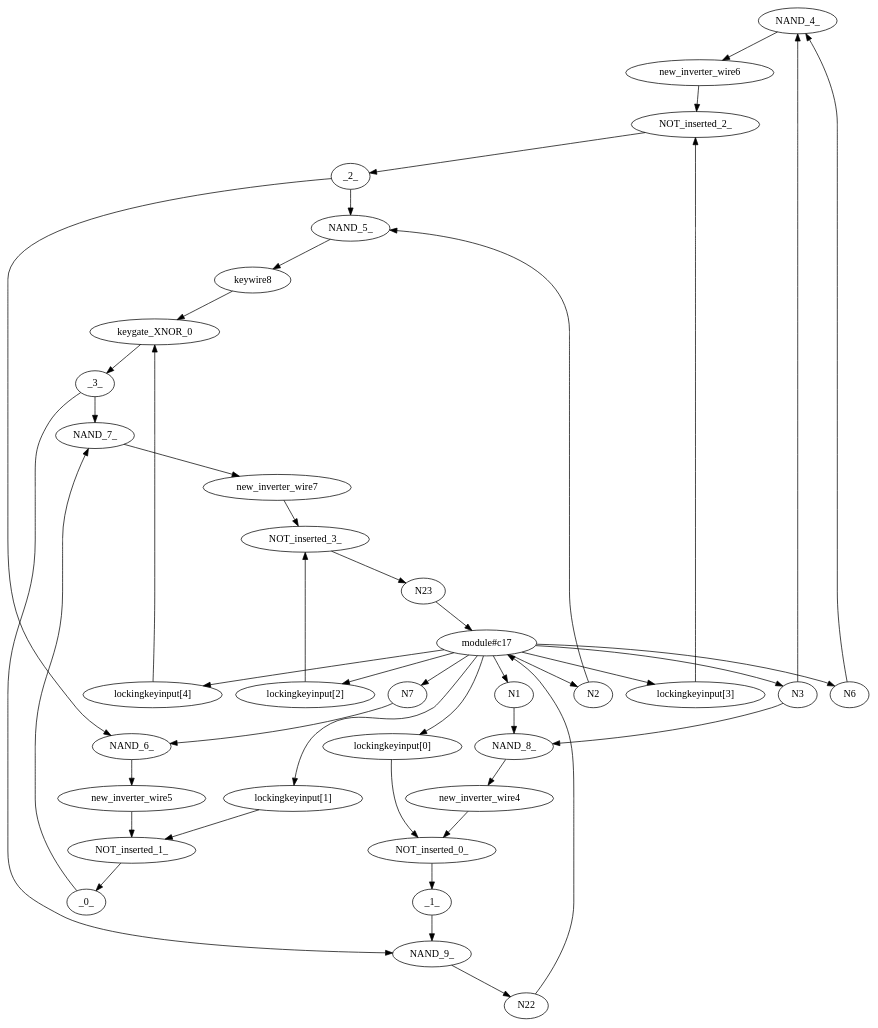
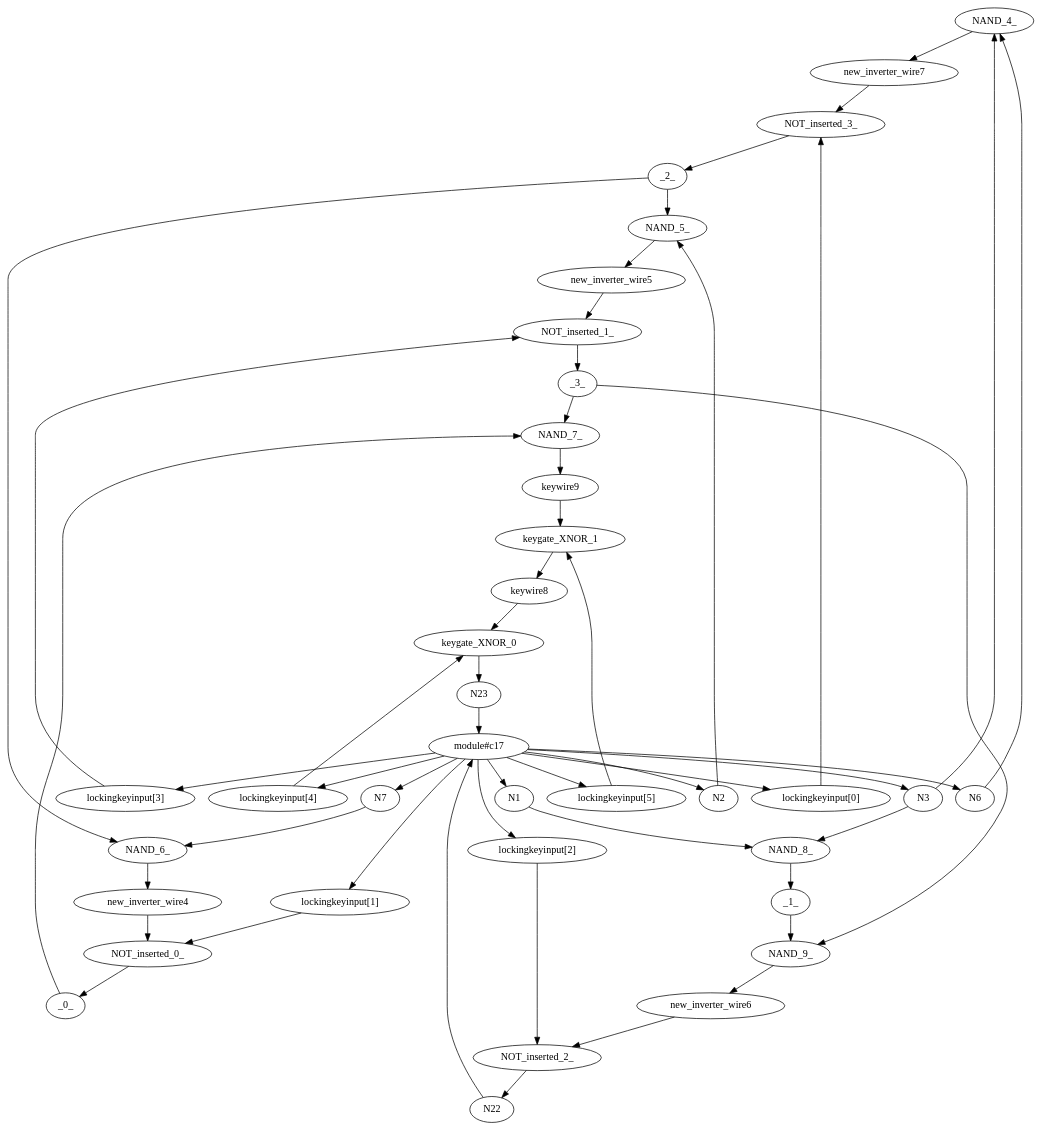
Before and after one commit to alirafiqmalik/ENIGMA-Logic-Locking-Framework: the diagram in tmp/tmp.dot, drawn with Graphviz. The commit also changed 8 other files, not shown here.

```diff
--- a/tmp/tmp.dot
+++ b/tmp/tmp.dot
@@ -1,108 +1,116 @@
 strict digraph "" {
 	NAND_4_	[logic=AND,
 		type=gate];
-	new_inverter_wire6	[port=new_inverter_wire6,
+	new_inverter_wire7	[port=new_inverter_wire7,
 		type=wire];
-	NAND_4_ -> new_inverter_wire6;
+	NAND_4_ -> new_inverter_wire7;
 	_2_	[port=_2_,
 		type=wire];
-	NAND_5_	[logic=NAND,
+	NAND_5_	[logic=AND,
 		type=gate];
 	_2_ -> NAND_5_;
 	NAND_6_	[logic=AND,
 		type=gate];
 	_2_ -> NAND_6_;
 	N6	[port=N6,
 		type=input];
 	N6 -> NAND_4_;
 	N3	[port=N3,
 		type=input];
 	N3 -> NAND_4_;
-	NAND_8_	[logic=AND,
+	NAND_8_	[logic=NAND,
 		type=gate];
 	N3 -> NAND_8_;
-	keywire8	[port=keywire8,
+	new_inverter_wire5	[port=new_inverter_wire5,
 		type=wire];
-	NAND_5_ -> keywire8;
+	NAND_5_ -> new_inverter_wire5;
 	_3_	[port=_3_,
 		type=wire];
-	NAND_7_	[logic=AND,
+	NAND_7_	[logic=NAND,
 		type=gate];
 	_3_ -> NAND_7_;
-	NAND_9_	[logic=NAND,
+	NAND_9_	[logic=AND,
 		type=gate];
 	_3_ -> NAND_9_;
 	N2	[port=N2,
 		type=input];
 	N2 -> NAND_5_;
-	new_inverter_wire5	[port=new_inverter_wire5,
+	new_inverter_wire4	[port=new_inverter_wire4,
 		type=wire];
-	NAND_6_ -> new_inverter_wire5;
+	NAND_6_ -> new_inverter_wire4;
 	_0_	[port=_0_,
 		type=wire];
 	_0_ -> NAND_7_;
 	N7	[port=N7,
 		type=input];
 	N7 -> NAND_6_;
-	new_inverter_wire7	[port=new_inverter_wire7,
+	keywire9	[port=keywire9,
 		type=wire];
-	NAND_7_ -> new_inverter_wire7;
+	NAND_7_ -> keywire9;
 	N23	[type=output];
 	"module#c17"	[type=module];
 	N23 -> "module#c17";
-	new_inverter_wire4	[port=new_inverter_wire4,
-		type=wire];
-	NAND_8_ -> new_inverter_wire4;
 	_1_	[port=_1_,
 		type=wire];
+	NAND_8_ -> _1_;
 	_1_ -> NAND_9_;
 	N1	[port=N1,
 		type=input];
 	N1 -> NAND_8_;
+	new_inverter_wire6	[port=new_inverter_wire6,
+		type=wire];
+	NAND_9_ -> new_inverter_wire6;
 	N22	[type=output];
-	NAND_9_ -> N22;
 	N22 -> "module#c17";
 	"module#c17" -> N6;
 	"module#c17" -> N3;
 	"module#c17" -> N2;
 	"module#c17" -> N7;
 	"module#c17" -> N1;
 	"lockingkeyinput[0]"	[port=lockingkeyinput,
 		type=input];
 	"module#c17" -> "lockingkeyinput[0]";
 	"lockingkeyinput[1]"	[port=lockingkeyinput,
 		type=input];
 	"module#c17" -> "lockingkeyinput[1]";
 	"lockingkeyinput[2]"	[port=lockingkeyinput,
 		type=input];
 	"module#c17" -> "lockingkeyinput[2]";
 	"lockingkeyinput[3]"	[port=lockingkeyinput,
 		type=input];
 	"module#c17" -> "lockingkeyinput[3]";
 	"lockingkeyinput[4]"	[port=lockingkeyinput,
 		type=input];
 	"module#c17" -> "lockingkeyinput[4]";
+	"lockingkeyinput[5]"	[port=lockingkeyinput,
+		type=input];
+	"module#c17" -> "lockingkeyinput[5]";
 	NOT_inserted_0_	[logic=XOR,
 		type=gate];
 	new_inverter_wire4 -> NOT_inserted_0_;
-	NOT_inserted_0_ -> _1_;
-	NOT_inserted_1_	[logic=XNOR,
+	NOT_inserted_0_ -> _0_;
+	NOT_inserted_1_	[logic=XOR,
 		type=gate];
 	new_inverter_wire5 -> NOT_inserted_1_;
-	NOT_inserted_1_ -> _0_;
+	NOT_inserted_1_ -> _3_;
 	NOT_inserted_2_	[logic=XNOR,
 		type=gate];
 	new_inverter_wire6 -> NOT_inserted_2_;
-	NOT_inserted_2_ -> _2_;
-	NOT_inserted_3_	[logic=XOR,
+	NOT_inserted_2_ -> N22;
+	NOT_inserted_3_	[logic=XNOR,
 		type=gate];
 	new_inverter_wire7 -> NOT_inserted_3_;
-	NOT_inserted_3_ -> N23;
-	"lockingkeyinput[0]" -> NOT_inserted_0_;
-	"lockingkeyinput[1]" -> NOT_inserted_1_;
-	"lockingkeyinput[2]" -> NOT_inserted_3_;
-	"lockingkeyinput[3]" -> NOT_inserted_2_;
+	NOT_inserted_3_ -> _2_;
+	"lockingkeyinput[0]" -> NOT_inserted_3_;
+	"lockingkeyinput[1]" -> NOT_inserted_0_;
+	"lockingkeyinput[2]" -> NOT_inserted_2_;
+	"lockingkeyinput[3]" -> NOT_inserted_1_;
+	keywire8	[port=keywire8,
+		type=wire];
 	keywire8 -> keygate_XNOR_0;
-	keygate_XNOR_0 -> _3_;
+	keygate_XNOR_0 -> N23;
 	"lockingkeyinput[4]" -> keygate_XNOR_0;
+	keywire9 -> keygate_XNOR_1;
+	keygate_XNOR_1 -> keywire8;
+	"lockingkeyinput[5]" -> keygate_XNOR_1;
 }
```
